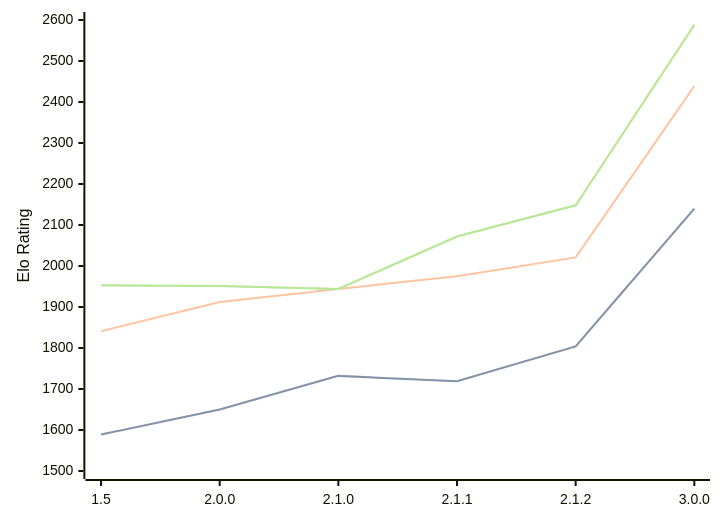
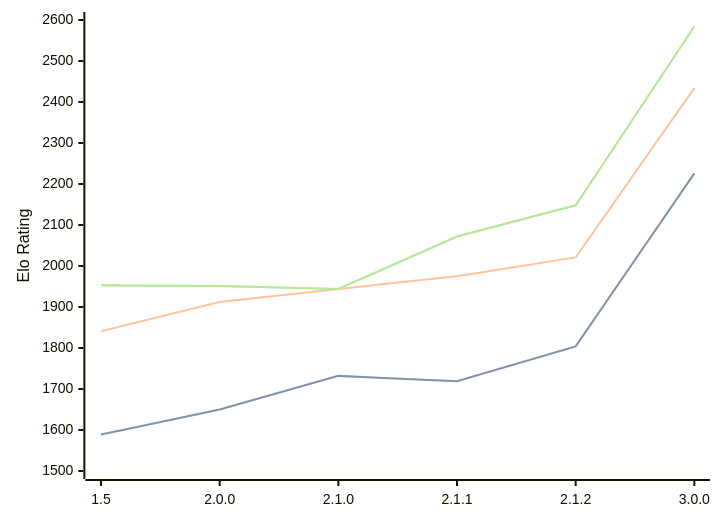
The diagram in engines/Rudim.md (computer-chess-index/cci), drawn with Mermaid before and after one commit. The commit also changed other lines of this file, not shown here.

Commit message:
Update CCI Ratings (ELO VLTC) - 2026-06-10

````diff
--- a/engines/Rudim.md
+++ b/engines/Rudim.md
@@ -45,11 +47,11 @@
 ```mermaid
 %%{init: {"theme":"base","themeVariables":{"seriesColors:['#a3a3a3','#222221','#faa371']}}}%%
 xychart-beta
   x-axis ["1.5", "2.0.0", "2.1.0", "2.1.1", "2.1.2", "3.0.0"]
   y-axis "Elo Rating" 1500 --> 2600
-  line "STC (8.0+0.08s)" [1589, 1650, 1732, 1719, 1804, 2140]
-  line "STC (8.0+0.08s)" [1589, 1650, 1732, 1719, 1804, 2140]
-  line "LTC (60.0+0.60s)" [1841, 1912, 1944, 1975, 2021, 2439]
-  line "VLTC (2m24s+1.12s)" [1953, 1951, 1944, 2072, 2148, 2588]
-  line "VLTC (2m24s+1.12s)" [1953, 1951, 1944, 2072, 2148, 2588]
+  line "STC (8.0+0.08s)" [1589, 1650, 1732, 1719, 1804, 2226]
+  line "STC (8.0+0.08s)" [1589, 1650, 1732, 1719, 1804, 2226]
+  line "LTC (60.0+0.60s)" [1841, 1912, 1944, 1975, 2021, 2434]
+  line "VLTC (2m24s+1.12s)" [1953, 1951, 1944, 2072, 2148, 2584]
+  line "VLTC (2m24s+1.12s)" [1953, 1951, 1944, 2072, 2148, 2584]
 ```
````
